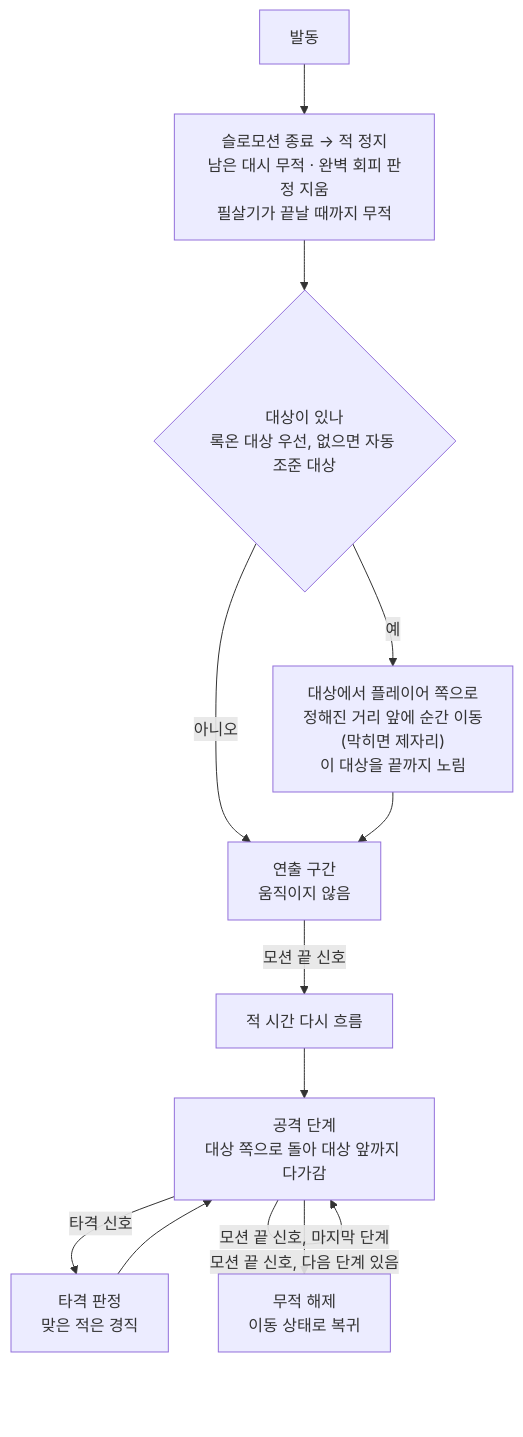
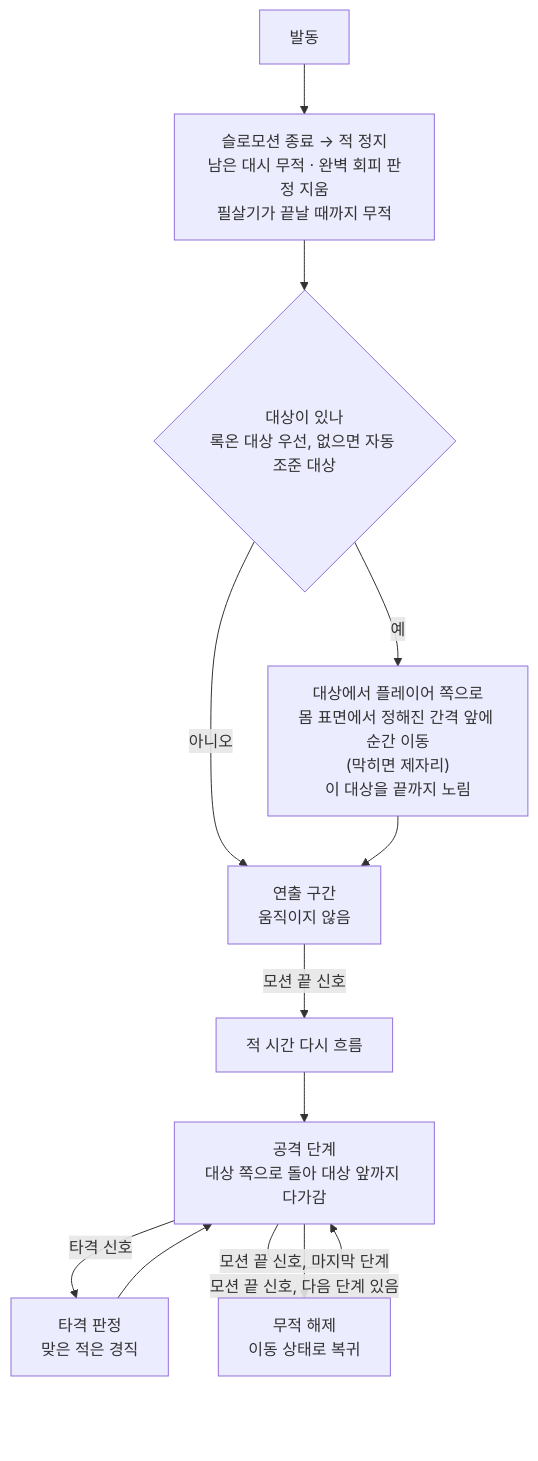
Before and after one commit to SquashPrince/Develrocket_mp15_HHH: the second of 3 diagrams in Docs/Technical/Player/PlayerUltimate.md, drawn with Mermaid. The commit also changed other lines of this file and 8 other files, not shown here.

````diff
--- a/Docs/Technical/Player/PlayerUltimate.md
+++ b/Docs/Technical/Player/PlayerUltimate.md
@@ -46,14 +46,14 @@
 ```mermaid
 flowchart TD
     S["발동"] --> E["슬로모션 종료 → 적 정지<br>남은 대시 무적 · 완벽 회피 판정 지움<br>필살기가 끝날 때까지 무적"]
     E --> T{"대상이 있나<br>록온 대상 우선, 없으면 자동 조준 대상"}
-    T -->|"예"| M["대상에서 플레이어 쪽으로<br>정해진 거리 앞에 순간 이동<br>(막히면 제자리)<br>이 대상을 끝까지 노림"]
+    T -->|"예"| M["대상에서 플레이어 쪽으로<br>몸 표면에서 정해진 간격 앞에 순간 이동<br>(막히면 제자리)<br>이 대상을 끝까지 노림"]
     T -->|"아니오"| C
     M --> C["연출 구간<br>움직이지 않음"]
     C -->|"모션 끝 신호"| R["적 시간 다시 흐름"]
     R --> A["공격 단계<br>대상 쪽으로 돌아 대상 앞까지 다가감"]
     A -->|"타격 신호"| H["타격 판정<br>맞은 적은 경직"]
     H --> A
     A -->|"모션 끝 신호, 다음 단계 있음"| A
     A -->|"모션 끝 신호, 마지막 단계"| L["무적 해제<br>이동 상태로 복귀"]
 ```
````
